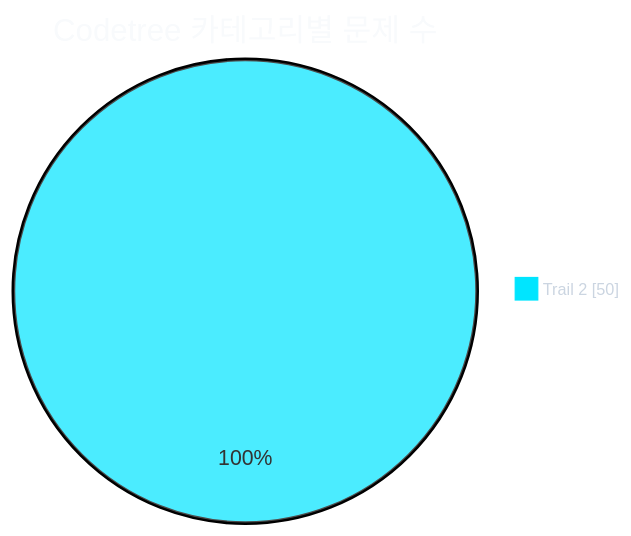
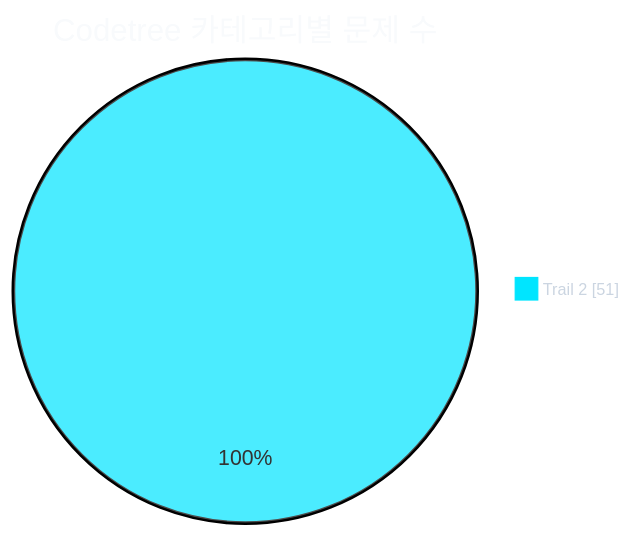
The first of 2 diagrams in readme.md (CHOOSLA/Algorithm), drawn with Mermaid before and after one commit. The commit also changed other lines of this file and 2 other files, not shown here.

````diff
--- a/readme.md
+++ b/readme.md
@@ -31,21 +31,21 @@
 ```mermaid
 ---
 config:
   theme: base
   themeVariables:
     background: '#0d1117'
     pieTitleTextColor: '#f8fafc'
     pieLegendTextColor: '#cbd5e1'
     pieLegendTextSize: '13px'
     pie1: '#00e5ff'
     pie2: '#22c55e'
     pie3: '#f59e0b'
     pie4: '#a855f7'
     pie5: '#ec4899'
     pie6: '#3b82f6'
     pie7: '#64748b'
 ---
 pie showData
   title Codetree 카테고리별 문제 수
-  "Trail 2" : 50
+  "Trail 2" : 51
 ```
````
